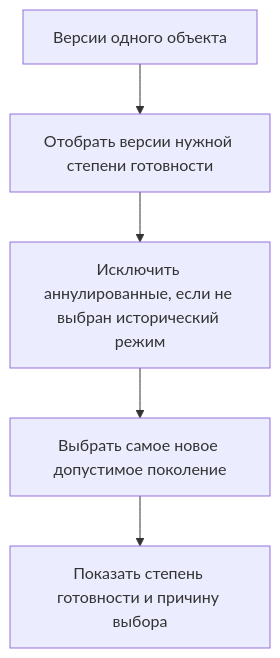
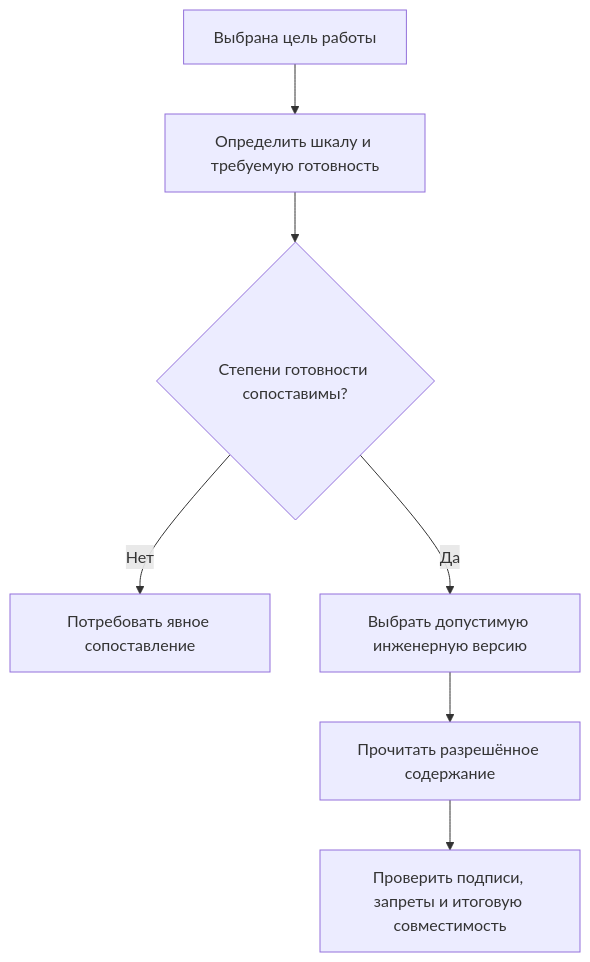
Before and after one commit to ZelAnton/Interlink-product-book: the diagram in docs/version-selection/08-maturity-level-policy.md, drawn with Mermaid. The commit also changed other lines of this file and 231 other files, not shown here.

````diff
--- a/docs/version-selection/08-maturity-level-policy.md
+++ b/docs/version-selection/08-maturity-level-policy.md
@@ -55,7 +35,9 @@
 ```mermaid
 flowchart TD
-    A["Версии одного объекта"] --> B["Отобрать версии нужной степени готовности"]
-    B --> C["Исключить аннулированные, если не выбран исторический режим"]
-    C --> D["Выбрать самое новое допустимое поколение"]
-    D --> E["Показать степень готовности и причину выбора"]
+    A["Выбрана цель работы"] --> B["Определить шкалу и требуемую готовность"]
+    B --> C{"Степени готовности сопоставимы?"}
+    C -->|Нет| D["Потребовать явное сопоставление"]
+    C -->|Да| E["Выбрать допустимую инженерную версию"]
+    E --> F["Прочитать разрешённое содержание"]
+    F --> G["Проверить подписи, запреты и итоговую совместимость"]
 ```
````
